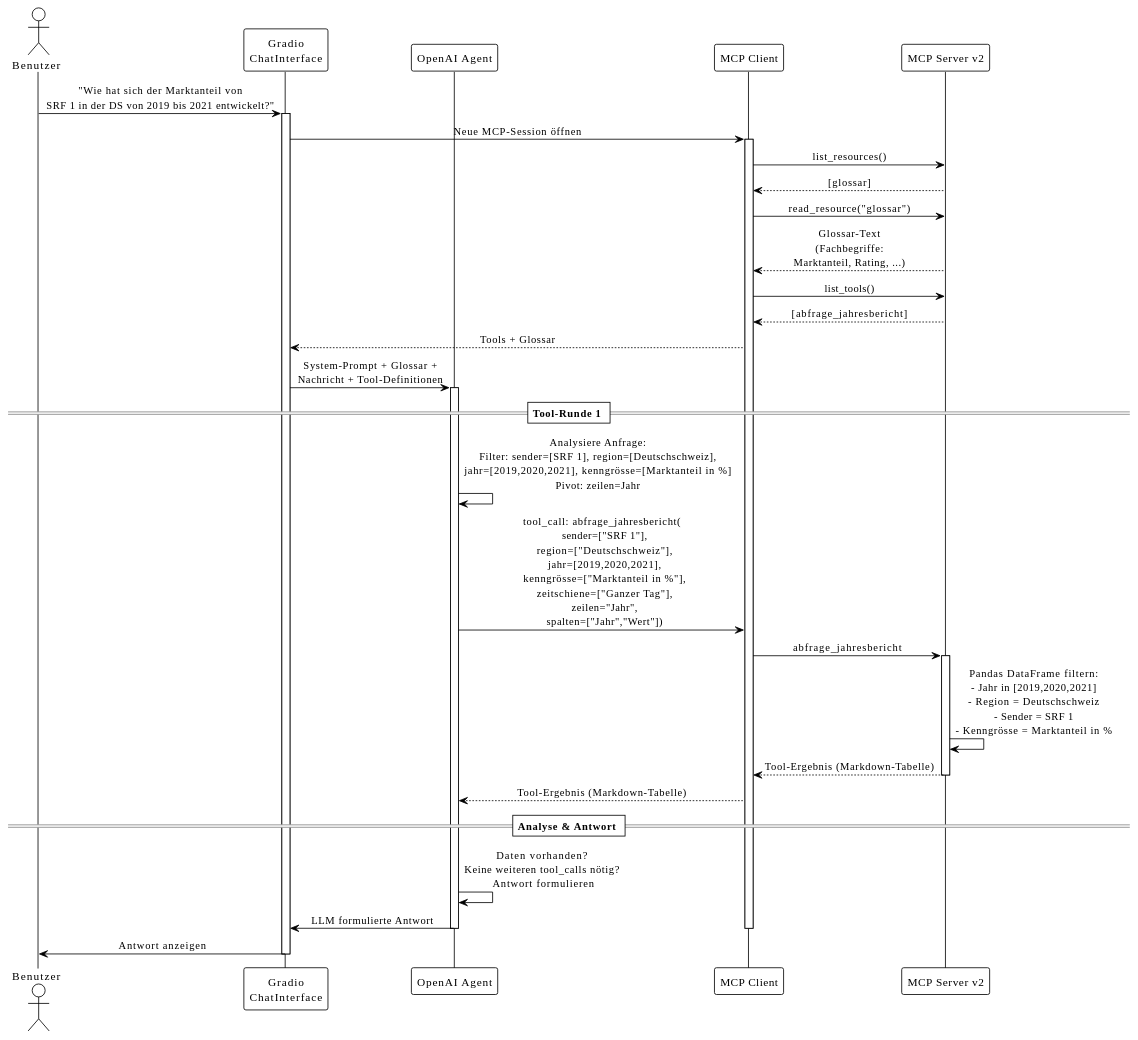
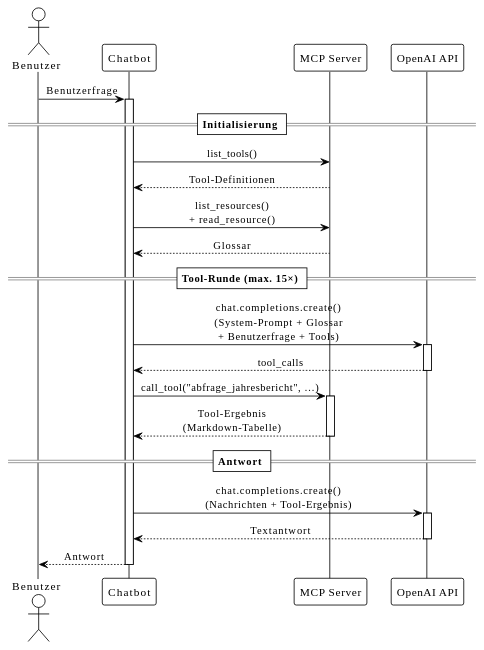
One commit to CeVauDe/cas-msed-transferarbeit changed the second of 2 diagrams in thesis/text/30_PoC/34_Systemarchitektur.adoc. Above: the diagram before and after it, drawn with PlantUML. The commit also changed other lines of this file, not shown here.

Commit message:
thesis: Update system charts

```diff
--- a/thesis/text/30_PoC/34_Systemarchitektur.adoc
+++ b/thesis/text/30_PoC/34_Systemarchitektur.adoc
@@ -60,63 +36,47 @@
 [plantuml, agent-loop, svg]
 ....
 @startuml
 !theme plain
 skinparam sequenceMessageAlign center
 skinparam responseMessageBelowArrow true
 
 actor Benutzer
-participant "Gradio\nChatInterface" as Gradio
-participant "OpenAI Agent" as LLM
-participant "MCP Client" as MCPClient
-participant "MCP Server v2" as MCPServer
+participant "Chatbot" as Chatbot
+participant "MCP Server" as MCPServer
+participant "OpenAI API" as OpenAI
 
-Benutzer -> Gradio: "Wie hat sich der Marktanteil von\nSRF 1 in der DS von 2019 bis 2021 entwickelt?"
-activate Gradio
+Benutzer -> Chatbot: Benutzerfrage
+activate Chatbot
 
-Gradio -> MCPClient: Neue MCP-Session öffnen
-activate MCPClient
+== Initialisierung ==
 
-MCPClient -> MCPServer: list_resources()
-MCPServer --> MCPClient: [glossar]
+Chatbot -> MCPServer: list_tools()
+MCPServer --> Chatbot: Tool-Definitionen
 
-MCPClient -> MCPServer: read_resource("glossar")
-MCPServer --> MCPClient: Glossar-Text\n(Fachbegriffe:\nMarktanteil, Rating, ...)
+Chatbot -> MCPServer: list_resources()\n+ read_resource()
+MCPServer --> Chatbot: Glossar
 
-MCPClient -> MCPServer: list_tools()
-MCPServer --> MCPClient: [abfrage_jahresbericht]
+== Tool-Runde (max. 15×) ==
 
-MCPClient --> Gradio: Tools + Glossar
+Chatbot -> OpenAI: chat.completions.create()\n(System-Prompt + Glossar\n+ Benutzerfrage + Tools)
+activate OpenAI
+OpenAI --> Chatbot: tool_calls
+deactivate OpenAI
 
-Gradio -> LLM: System-Prompt + Glossar +\nNachricht + Tool-Definitionen
-activate LLM
-
-== Tool-Runde 1 ==
-
-LLM -> LLM: Analysiere Anfrage:\nFilter: sender=[SRF 1], region=[Deutschschweiz],\njahr=[2019,2020,2021], kenngrösse=[Marktanteil in %]\nPivot: zeilen=Jahr
-
-LLM -> MCPClient: tool_call: abfrage_jahresbericht(\n  sender=["SRF 1"],\n  region=["Deutschschweiz"],\n  jahr=[2019,2020,2021],\n  kenngrösse=["Marktanteil in %"],\n  zeitschiene=["Ganzer Tag"],\n  zeilen="Jahr",\n  spalten=["Jahr","Wert"])
-
-MCPClient -> MCPServer: abfrage_jahresbericht
+Chatbot -> MCPServer: call_tool("abfrage_jahresbericht", …)
 activate MCPServer
-
-MCPServer -> MCPServer: Pandas DataFrame filtern:\n- Jahr in [2019,2020,2021]\n- Region = Deutschschweiz\n- Sender = SRF 1\n- Kenngrösse = Marktanteil in %
-
-MCPServer --> MCPClient: Tool-Ergebnis (Markdown-Tabelle)
+MCPServer --> Chatbot: Tool-Ergebnis\n(Markdown-Tabelle)
 deactivate MCPServer
 
-MCPClient --> LLM: Tool-Ergebnis (Markdown-Tabelle)
+== Antwort ==
 
-== Analyse & Antwort ==
+Chatbot -> OpenAI: chat.completions.create()\n(Nachrichten + Tool-Ergebnis)
+activate OpenAI
+OpenAI --> Chatbot: Textantwort
+deactivate OpenAI
 
-LLM -> LLM: Daten vorhanden? \nKeine weiteren tool_calls nötig? \nAntwort formulieren
-
-LLM -> Gradio: LLM formulierte Antwort
-
-deactivate LLM
-deactivate MCPClient
-
-Gradio -> Benutzer: Antwort anzeigen
-deactivate Gradio
+Chatbot --> Benutzer: Antwort
+deactivate Chatbot
 
 @enduml
 ....
```
